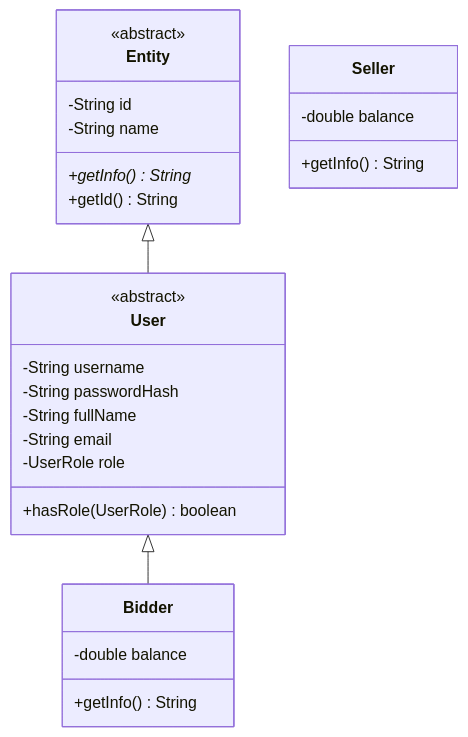
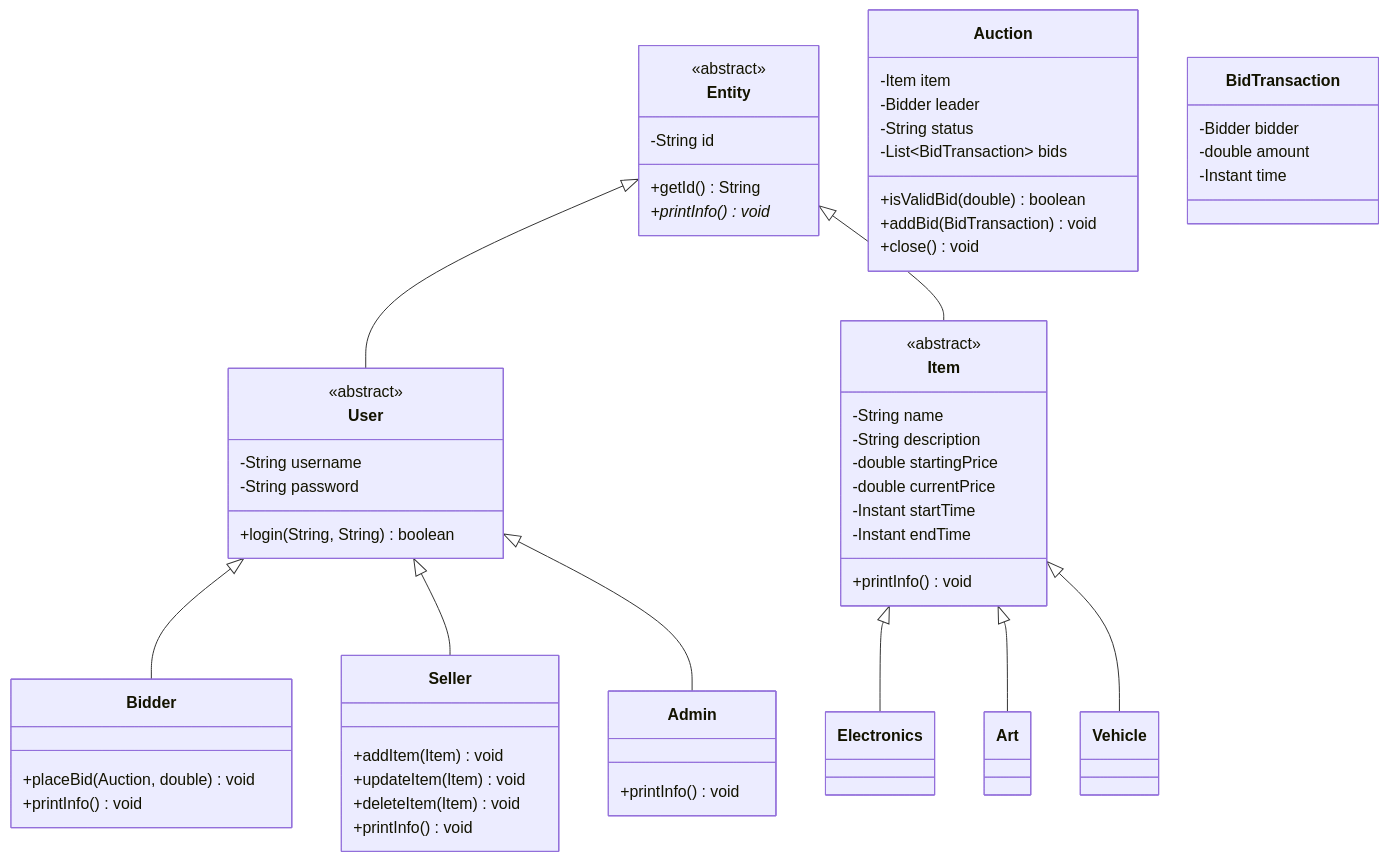
Before and after one commit to AnhVu264/LTNC_LicensePlateAuction: the diagram in SoDoCay.md, drawn with Mermaid.

````diff
--- a/SoDoCay.md
+++ b/SoDoCay.md
@@ -1,29 +1,68 @@
 ```mermaid
 classDiagram
-    class Entity{
+    class Entity {
         <<abstract>>
         -String id
-        -String name
-        +getInfo()* String
         +getId() String
+        +printInfo()* void
     }
+
     class User {
         <<abstract>>
         -String username
-        -String passwordHash
-        -String fullName
-        -String email
-        -UserRole role
-        +hasRole(UserRole) boolean
+        -String password
+        +login(String, String) boolean
     }
-    class Bidder{
-        -double balance
-        +getInfo() String
+    class Bidder {
+        +placeBid(Auction, double) void
+        +printInfo() void
     }
-    class Seller{
-        -double balance
-        +getInfo() String
+    class Seller {
+        +addItem(Item) void
+        +updateItem(Item) void
+        +deleteItem(Item) void
+        +printInfo() void
     }
-Entity<|--User
-User<|--Bidder
+    class Admin {
+        +printInfo() void
+    }
+
+    class Item {
+        <<abstract>>
+        -String name
+        -String description
+        -double startingPrice
+        -double currentPrice
+        -Instant startTime
+        -Instant endTime
+        +printInfo() void
+    }
+    class Electronics
+    class Art
+    class Vehicle
+
+    class Auction {
+        -Item item
+        -Bidder leader
+        -String status
+        -List~BidTransaction~ bids
+        +isValidBid(double) boolean
+        +addBid(BidTransaction) void
+        +close() void
+    }
+    class BidTransaction {
+        -Bidder bidder
+        -double amount
+        -Instant time
+    }
+
+    Entity <|-- User
+    User <|-- Bidder
+    User <|-- Seller
+    User <|-- Admin
+
+    Entity <|-- Item
+    Item <|-- Electronics
+    Item <|-- Art
+    Item <|-- Vehicle
 ```
````
